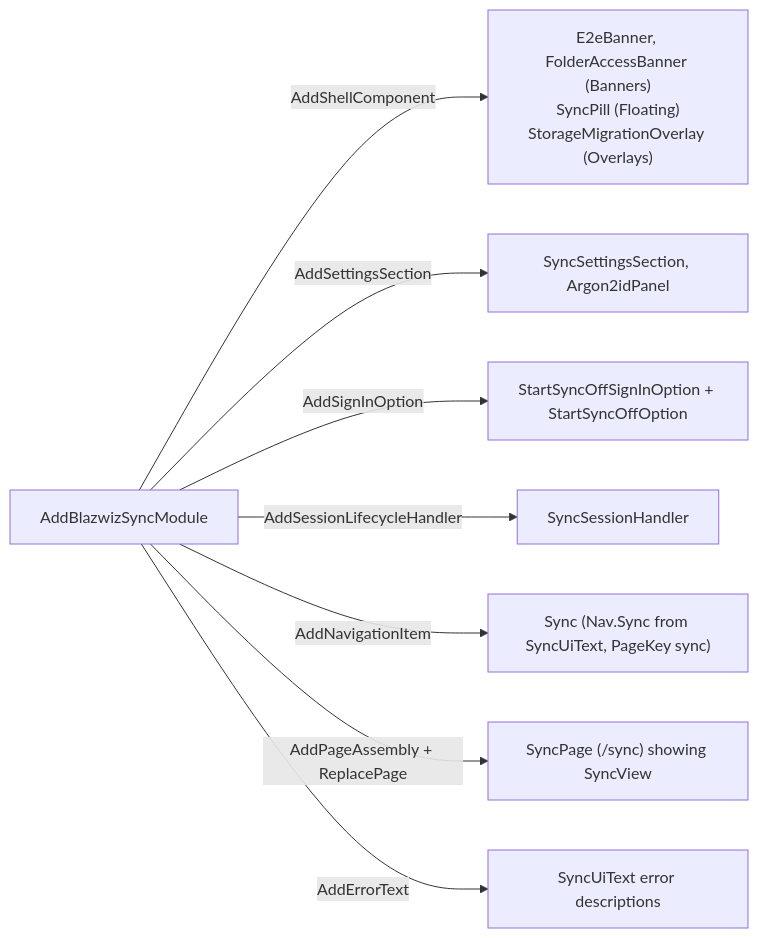
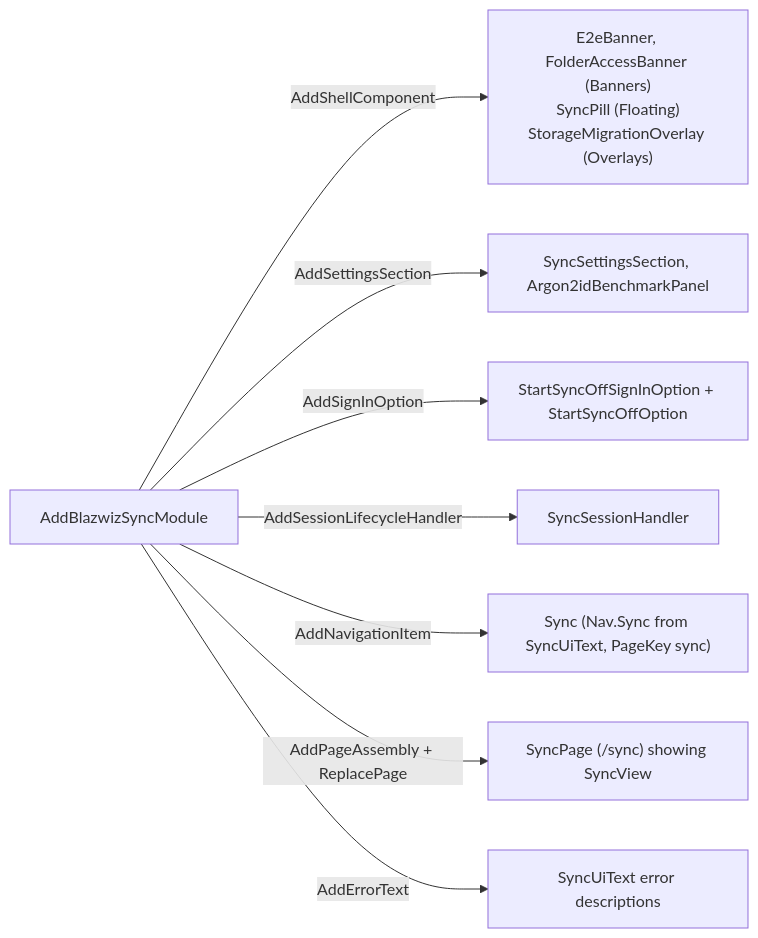
One commit to devoctomy/blazwiz changed the second of 4 diagrams in docs/diagrams/extension-points.md. Above: the diagram before and after it, drawn with Mermaid. The commit also changed other lines of this file and 17 other files, not shown here.

Commit message:
feat: agron2id panel in settings is used for bechmarking, starts with app defaults. (#36)

````diff
--- a/docs/diagrams/extension-points.md
+++ b/docs/diagrams/extension-points.md
@@ -64,11 +64,11 @@
 ```mermaid
 flowchart LR
     Mod["AddBlazwizSyncModule"]
     Mod -- "AddShellComponent" --> R1["E2eBanner, FolderAccessBanner (Banners)<br/>SyncPill (Floating)<br/>StorageMigrationOverlay (Overlays)"]
-    Mod -- "AddSettingsSection" --> R2["SyncSettingsSection, Argon2idPanel"]
+    Mod -- "AddSettingsSection" --> R2["SyncSettingsSection, Argon2idBenchmarkPanel"]
     Mod -- "AddSignInOption" --> R3["StartSyncOffSignInOption + StartSyncOffOption"]
     Mod -- "AddSessionLifecycleHandler" --> R4["SyncSessionHandler"]
     Mod -- "AddNavigationItem" --> R5["Sync (Nav.Sync from SyncUiText, PageKey sync)"]
     Mod -- "AddPageAssembly + ReplacePage" --> R6["SyncPage (/sync) showing SyncView"]
     Mod -- "AddErrorText" --> R7["SyncUiText error descriptions"]
 ```
````
